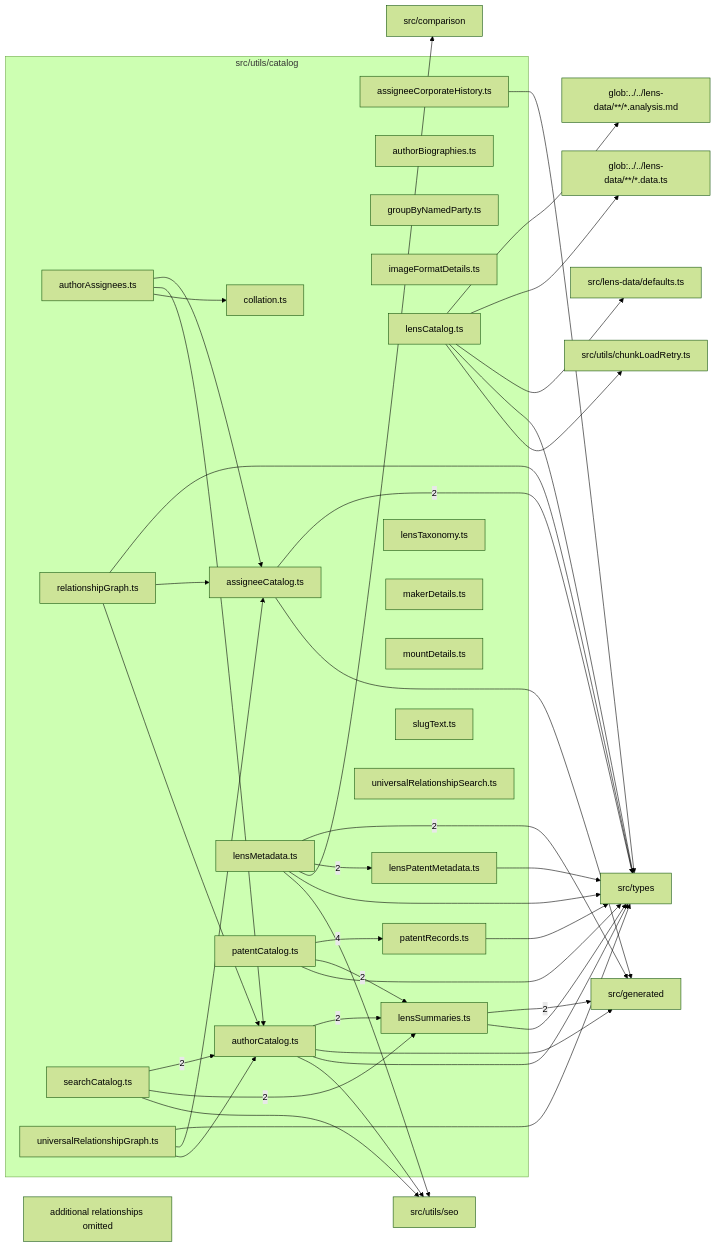
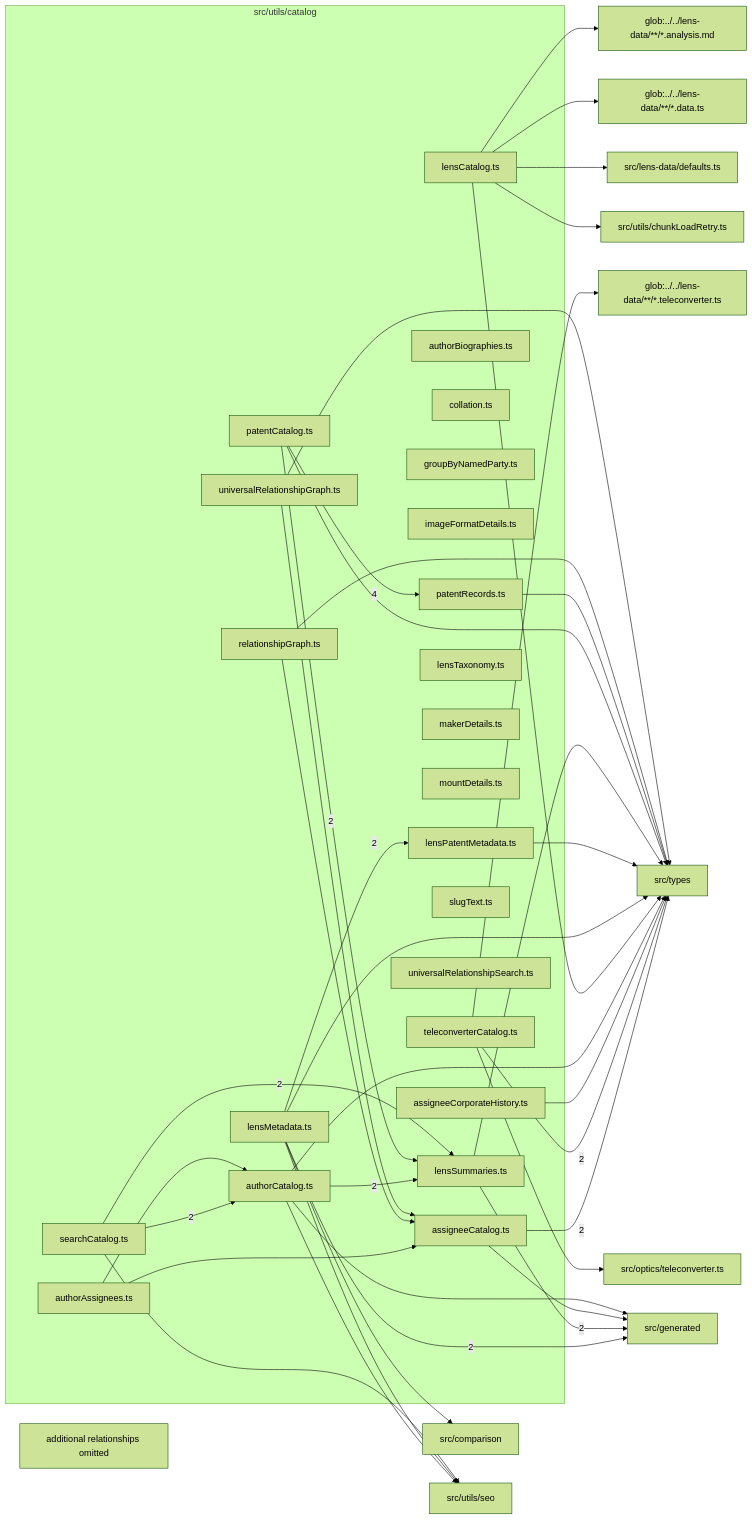
Before and after one commit to BeamFour/LensVisualizer: the diagram in src/utils/catalog/readme.md, drawn with Mermaid (forest theme). The commit also changed other lines of this file and 44 other files, not shown here.

````diff
--- a/src/utils/catalog/readme.md
+++ b/src/utils/catalog/readme.md
@@ -9,72 +9,75 @@
 ```mermaid
 flowchart LR
   subgraph n_src_utils_catalog["src/utils/catalog"]
     n_src_utils_catalog_src_utils_catalog_assigneeCatalog_ts["assigneeCatalog.ts"]
     n_src_utils_catalog_src_utils_catalog_assigneeCorporateHistory_ts["assigneeCorporateHistory.ts"]
     n_src_utils_catalog_src_utils_catalog_authorAssignees_ts["authorAssignees.ts"]
     n_src_utils_catalog_src_utils_catalog_authorBiographies_ts["authorBiographies.ts"]
     n_src_utils_catalog_src_utils_catalog_authorCatalog_ts["authorCatalog.ts"]
     n_src_utils_catalog_src_utils_catalog_collation_ts["collation.ts"]
     n_src_utils_catalog_src_utils_catalog_groupByNamedParty_ts["groupByNamedParty.ts"]
     n_src_utils_catalog_src_utils_catalog_imageFormatDetails_ts["imageFormatDetails.ts"]
     n_src_utils_catalog_src_utils_catalog_lensCatalog_ts["lensCatalog.ts"]
     n_src_utils_catalog_src_utils_catalog_lensMetadata_ts["lensMetadata.ts"]
     n_src_utils_catalog_src_utils_catalog_lensPatentMetadata_ts["lensPatentMetadata.ts"]
     n_src_utils_catalog_src_utils_catalog_lensSummaries_ts["lensSummaries.ts"]
     n_src_utils_catalog_src_utils_catalog_lensTaxonomy_ts["lensTaxonomy.ts"]
     n_src_utils_catalog_src_utils_catalog_makerDetails_ts["makerDetails.ts"]
     n_src_utils_catalog_src_utils_catalog_mountDetails_ts["mountDetails.ts"]
     n_src_utils_catalog_src_utils_catalog_patentCatalog_ts["patentCatalog.ts"]
     n_src_utils_catalog_src_utils_catalog_patentRecords_ts["patentRecords.ts"]
     n_src_utils_catalog_src_utils_catalog_relationshipGraph_ts["relationshipGraph.ts"]
     n_src_utils_catalog_src_utils_catalog_searchCatalog_ts["searchCatalog.ts"]
     n_src_utils_catalog_src_utils_catalog_slugText_ts["slugText.ts"]
+    n_src_utils_catalog_src_utils_catalog_teleconverterCatalog_ts["teleconverterCatalog.ts"]
     n_src_utils_catalog_src_utils_catalog_universalRelationshipGraph_ts["universalRelationshipGraph.ts"]
     n_src_utils_catalog_src_utils_catalog_universalRelationshipSearch_ts["universalRelationshipSearch.ts"]
   end
   n_external_src_generated["src/generated"]
   n_external_src_types["src/types"]
   n_external_glob_______lens_data______analysis_md["glob:../../lens-data/**/*.analysis.md"]
   n_external_glob_______lens_data______data_ts["glob:../../lens-data/**/*.data.ts"]
+  n_external_glob_______lens_data______teleconverter_ts["glob:../../lens-data/**/*.teleconverter.ts"]
   n_external_src_comparison["src/comparison"]
   n_external_src_lens_data_defaults_ts["src/lens-data/defaults.ts"]
+  n_external_src_optics_teleconverter_ts["src/optics/teleconverter.ts"]
   n_external_src_utils_chunkLoadRetry_ts["src/utils/chunkLoadRetry.ts"]
   n_external_src_utils_seo["src/utils/seo"]
   n_src_utils_catalog_src_utils_catalog_patentCatalog_ts --> |4| n_src_utils_catalog_src_utils_catalog_patentRecords_ts
   n_src_utils_catalog_src_utils_catalog_lensMetadata_ts --> |2| n_external_src_generated
   n_src_utils_catalog_src_utils_catalog_lensSummaries_ts --> |2| n_external_src_generated
   n_src_utils_catalog_src_utils_catalog_assigneeCatalog_ts --> |2| n_external_src_types
+  n_src_utils_catalog_src_utils_catalog_teleconverterCatalog_ts --> |2| n_external_src_types
   n_src_utils_catalog_src_utils_catalog_searchCatalog_ts --> |2| n_src_utils_catalog_src_utils_catalog_authorCatalog_ts
   n_src_utils_catalog_src_utils_catalog_lensMetadata_ts --> |2| n_src_utils_catalog_src_utils_catalog_lensPatentMetadata_ts
   n_src_utils_catalog_src_utils_catalog_authorCatalog_ts --> |2| n_src_utils_catalog_src_utils_catalog_lensSummaries_ts
   n_src_utils_catalog_src_utils_catalog_patentCatalog_ts --> |2| n_src_utils_catalog_src_utils_catalog_lensSummaries_ts
   n_src_utils_catalog_src_utils_catalog_searchCatalog_ts --> |2| n_src_utils_catalog_src_utils_catalog_lensSummaries_ts
   n_src_utils_catalog_src_utils_catalog_lensCatalog_ts --> n_external_glob_______lens_data______analysis_md
   n_src_utils_catalog_src_utils_catalog_lensCatalog_ts --> n_external_glob_______lens_data______data_ts
+  n_src_utils_catalog_src_utils_catalog_teleconverterCatalog_ts --> n_external_glob_______lens_data______teleconverter_ts
   n_src_utils_catalog_src_utils_catalog_lensMetadata_ts --> n_external_src_comparison
   n_src_utils_catalog_src_utils_catalog_assigneeCatalog_ts --> n_external_src_generated
   n_src_utils_catalog_src_utils_catalog_authorCatalog_ts --> n_external_src_generated
   n_src_utils_catalog_src_utils_catalog_lensCatalog_ts --> n_external_src_lens_data_defaults_ts
+  n_src_utils_catalog_src_utils_catalog_teleconverterCatalog_ts --> n_external_src_optics_teleconverter_ts
   n_src_utils_catalog_src_utils_catalog_assigneeCorporateHistory_ts --> n_external_src_types
   n_src_utils_catalog_src_utils_catalog_authorCatalog_ts --> n_external_src_types
   n_src_utils_catalog_src_utils_catalog_lensCatalog_ts --> n_external_src_types
   n_src_utils_catalog_src_utils_catalog_lensMetadata_ts --> n_external_src_types
   n_src_utils_catalog_src_utils_catalog_lensPatentMetadata_ts --> n_external_src_types
   n_src_utils_catalog_src_utils_catalog_lensSummaries_ts --> n_external_src_types
   n_src_utils_catalog_src_utils_catalog_patentCatalog_ts --> n_external_src_types
   n_src_utils_catalog_src_utils_catalog_patentRecords_ts --> n_external_src_types
   n_src_utils_catalog_src_utils_catalog_relationshipGraph_ts --> n_external_src_types
   n_src_utils_catalog_src_utils_catalog_universalRelationshipGraph_ts --> n_external_src_types
   n_src_utils_catalog_src_utils_catalog_lensCatalog_ts --> n_external_src_utils_chunkLoadRetry_ts
   n_src_utils_catalog_src_utils_catalog_authorCatalog_ts --> n_external_src_utils_seo
   n_src_utils_catalog_src_utils_catalog_lensMetadata_ts --> n_external_src_utils_seo
   n_src_utils_catalog_src_utils_catalog_searchCatalog_ts --> n_external_src_utils_seo
   n_src_utils_catalog_src_utils_catalog_authorAssignees_ts --> n_src_utils_catalog_src_utils_catalog_assigneeCatalog_ts
   n_src_utils_catalog_src_utils_catalog_relationshipGraph_ts --> n_src_utils_catalog_src_utils_catalog_assigneeCatalog_ts
   n_src_utils_catalog_src_utils_catalog_universalRelationshipGraph_ts --> n_src_utils_catalog_src_utils_catalog_assigneeCatalog_ts
   n_src_utils_catalog_src_utils_catalog_authorAssignees_ts --> n_src_utils_catalog_src_utils_catalog_authorCatalog_ts
-  n_src_utils_catalog_src_utils_catalog_relationshipGraph_ts --> n_src_utils_catalog_src_utils_catalog_authorCatalog_ts
-  n_src_utils_catalog_src_utils_catalog_universalRelationshipGraph_ts --> n_src_utils_catalog_src_utils_catalog_authorCatalog_ts
-  n_src_utils_catalog_src_utils_catalog_authorAssignees_ts --> n_src_utils_catalog_src_utils_catalog_collation_ts
   n_src_utils_catalog_truncated["additional relationships omitted"]
 ```
````
